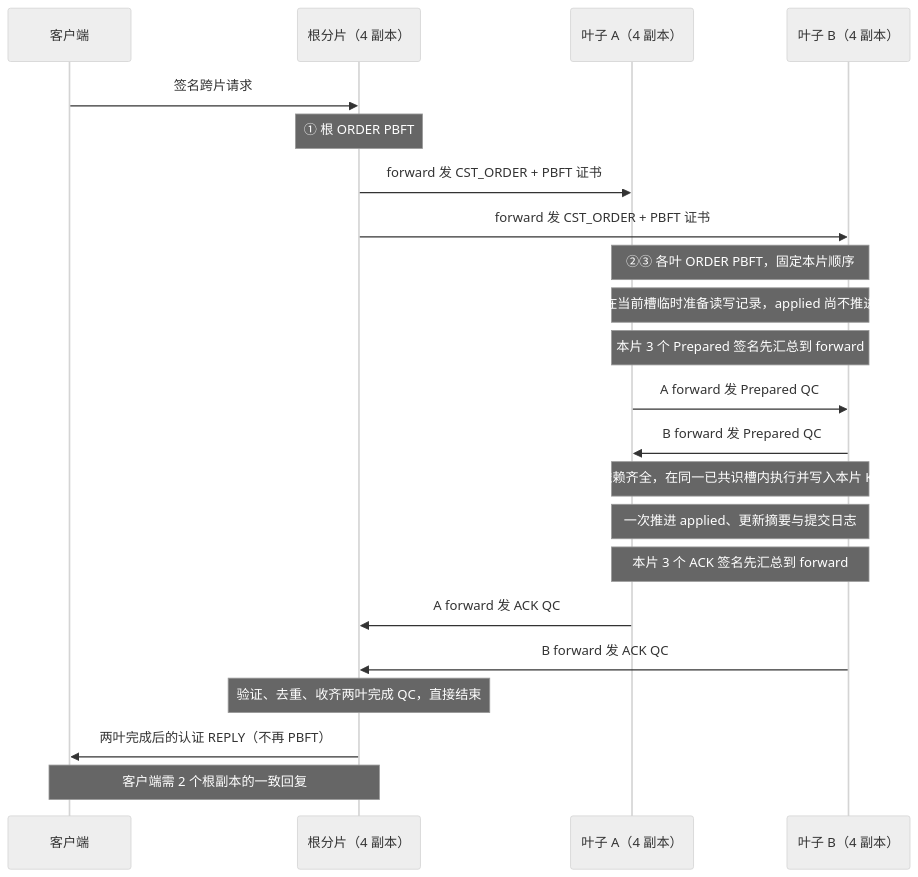
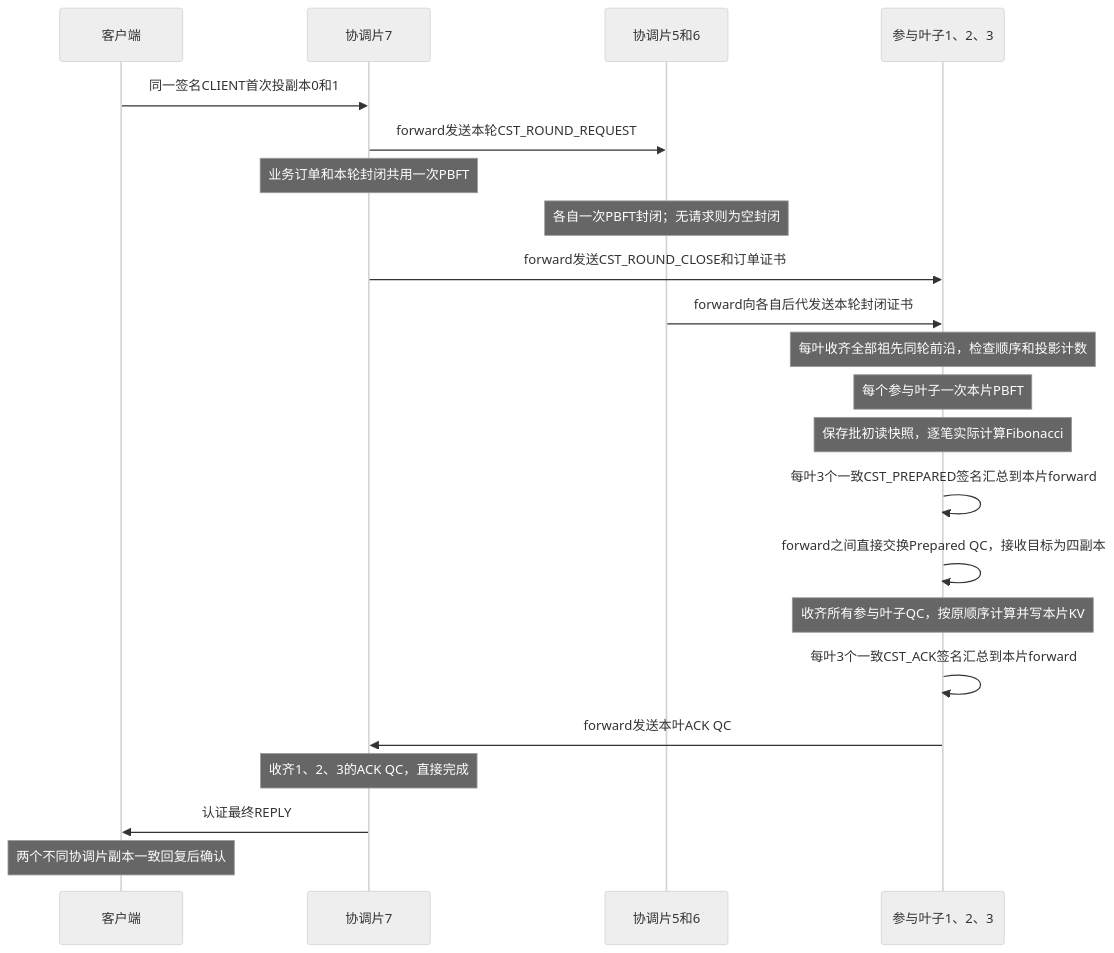
The second of 2 diagrams in docs/CURRENT_IMPLEMENTATION_DESIGN.md (HiBo001/simulateHieraChain), drawn with Mermaid (neutral theme) before and after one commit. The commit also changed other lines of this file and 19 other files, not shown here.

````diff
--- a/docs/CURRENT_IMPLEMENTATION_DESIGN.md
+++ b/docs/CURRENT_IMPLEMENTATION_DESIGN.md
@@ -185,24 +164,24 @@
 ```mermaid
 sequenceDiagram
     participant C as 客户端
-    participant R as 根分片（4 副本）
-    participant A as 叶子 A（4 副本）
-    participant B as 叶子 B（4 副本）
-    C->>R: 签名跨片请求
-    Note over R: ① 根 ORDER PBFT
-    R->>A: forward 发 CST_ORDER + PBFT 证书
-    R->>B: forward 发 CST_ORDER + PBFT 证书
-    Note over A,B: ②③ 各叶 ORDER PBFT，固定本片顺序
-    Note over A,B: 在当前槽临时准备读写记录，applied 尚不推进
-    Note over A,B: 本片 3 个 Prepared 签名先汇总到 forward
-    A->>B: A forward 发 Prepared QC
-    B->>A: B forward 发 Prepared QC
-    Note over A,B: 依赖齐全，在同一已共识槽内执行并写入本片 KV
-    Note over A,B: 一次推进 applied、更新摘要与提交日志
-    Note over A,B: 本片 3 个 ACK 签名先汇总到 forward
-    A->>R: A forward 发 ACK QC
-    B->>R: B forward 发 ACK QC
-    Note over R: 验证、去重、收齐两叶完成 QC，直接结束
-    R->>C: 两叶完成后的认证 REPLY（不再 PBFT）
-    Note over C,R: 客户端需 2 个根副本的一致回复
+    participant N as 协调片7
+    participant O as 协调片5和6
+    participant L as 参与叶子1、2、3
+    C->>N: 同一签名CLIENT首次投副本0和1
+    N->>O: forward发送本轮CST_ROUND_REQUEST
+    Note over N: 业务订单和本轮封闭共用一次PBFT
+    Note over O: 各自一次PBFT封闭；无请求则为空封闭
+    N->>L: forward发送CST_ROUND_CLOSE和订单证书
+    O->>L: forward向各自后代发送本轮封闭证书
+    Note over L: 每叶收齐全部祖先同轮前沿，检查顺序和投影计数
+    Note over L: 每个参与叶子一次本片PBFT
+    Note over L: 保存批初读快照，逐笔实际计算Fibonacci
+    L->>L: 每叶3个一致CST_PREPARED签名汇总到本片forward
+    L->>L: forward之间直接交换Prepared QC，接收目标为四副本
+    Note over L: 收齐所有参与叶子QC，按原顺序计算并写本片KV
+    L->>L: 每叶3个一致CST_ACK签名汇总到本片forward
+    L->>N: forward发送本叶ACK QC
+    Note over N: 收齐1、2、3的ACK QC，直接完成
+    N->>C: 认证最终REPLY
+    Note over C: 两个不同协调片副本一致回复后确认
 ```
````
